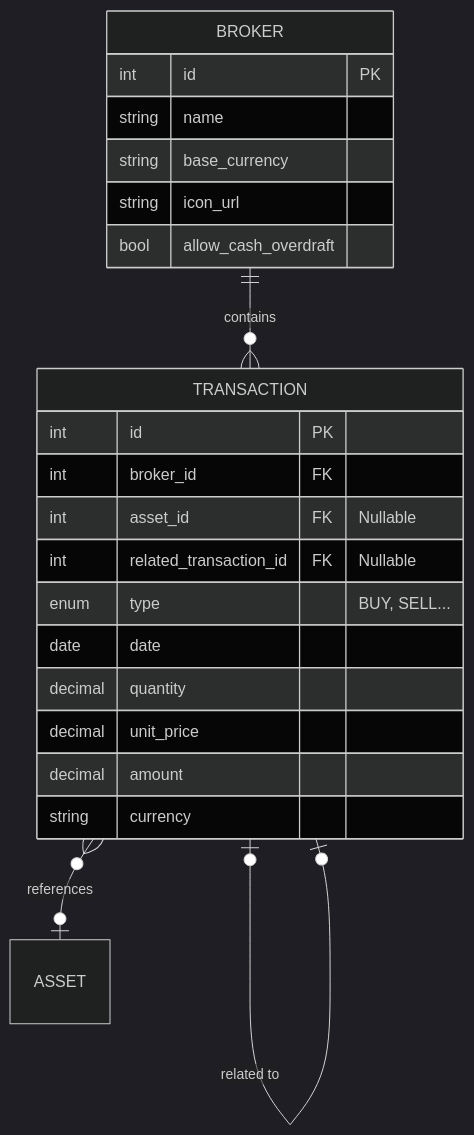
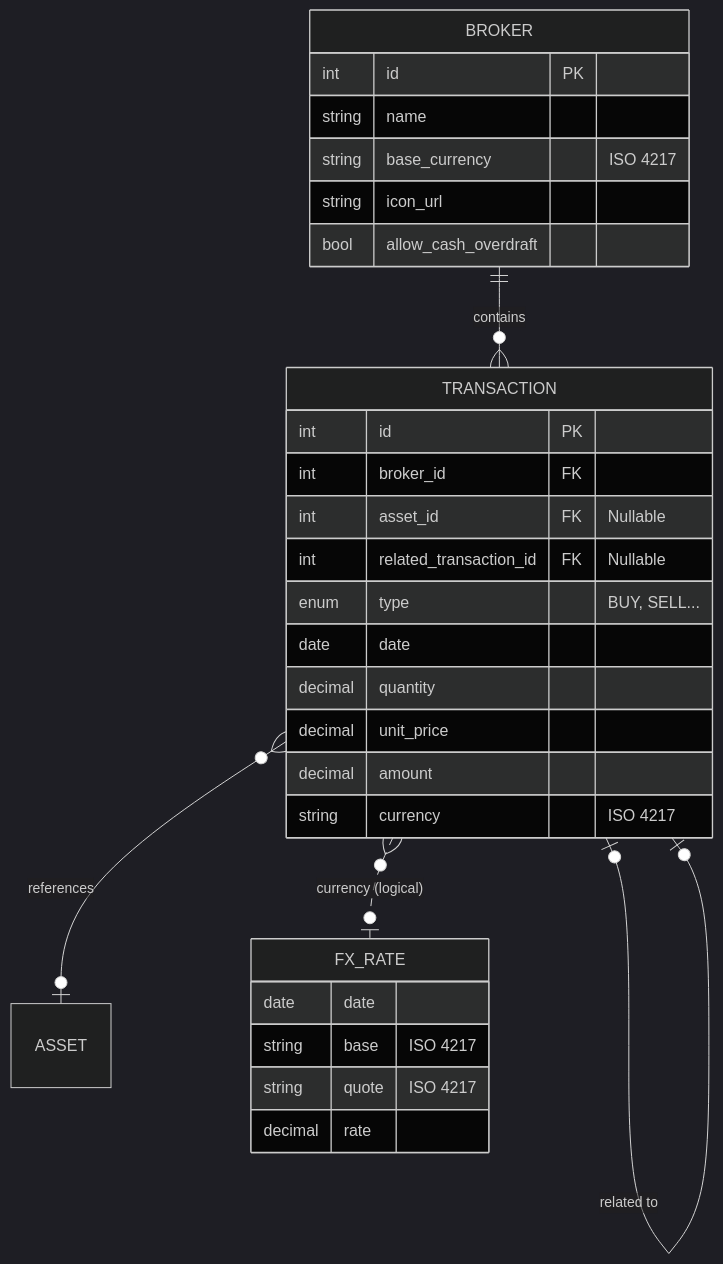
Before and after one commit to Librefolio/LibreFolio: the diagram in mkdocs_src/docs/developer/architecture/database/brokers_transactions.md, drawn with Mermaid (dark theme). The commit also changed other lines of this file and 16 other files, not shown here.

````diff
--- a/mkdocs_src/docs/developer/architecture/database/brokers_transactions.md
+++ b/mkdocs_src/docs/developer/architecture/database/brokers_transactions.md
@@ -7,27 +7,35 @@
 ```mermaid
 erDiagram
     BROKER ||--o{ TRANSACTION : "contains"
     TRANSACTION |o--o| TRANSACTION : "related to"
     TRANSACTION }o--o| ASSET : "references"
+    TRANSACTION }o..o| FX_RATE : "currency (logical)"
 
     BROKER {
         int id PK
         string name
-        string base_currency
+        string base_currency "ISO 4217"
         string icon_url
         bool allow_cash_overdraft
     }
 
     TRANSACTION {
         int id PK
         int broker_id FK
         int asset_id FK "Nullable"
         int related_transaction_id FK "Nullable"
         enum type "BUY, SELL..."
         date date
         decimal quantity
         decimal unit_price
         decimal amount
-        string currency
+        string currency "ISO 4217"
+    }
+
+    FX_RATE {
+        date date
+        string base "ISO 4217"
+        string quote "ISO 4217"
+        decimal rate
     }
 ```
````
